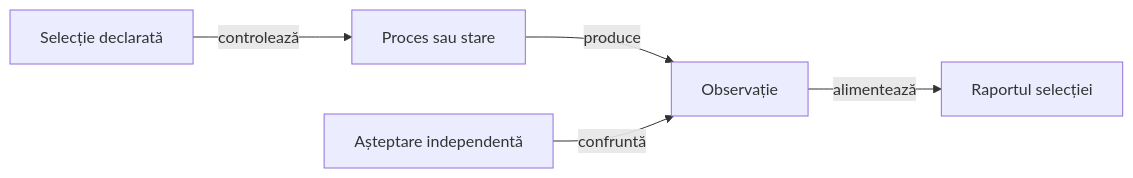
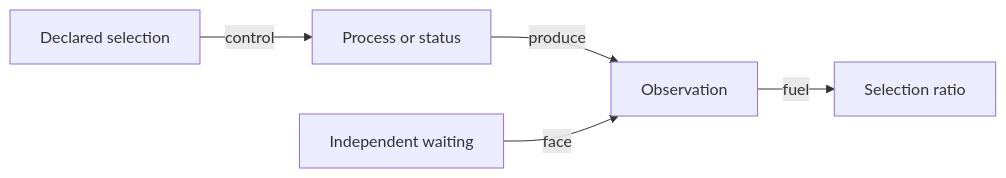
The diagram in atf-test-android/src/test/README.md (crististefanita/atf_j4), drawn with Mermaid before and after one commit. The commit also changed other lines of this file and 122 other files, not shown here.

````diff
--- a/atf-test-android/src/test/README.md
+++ b/atf-test-android/src/test/README.md
@@ -21,7 +21,7 @@
 ```mermaid
 flowchart LR
-    SELECT[Selecție declarată] -->|controlează| INPUT[Proces sau stare]
-    INPUT -->|produce| OBS[Observație]
-    EXPECT[Așteptare independentă] -->|confruntă| OBS
-    OBS -->|alimentează| REPORT[Raportul selecției]
+    SELECT[Declared selection] -->|control| INPUT[Process or status]
+    INPUT -->|produce| OBS[Observation]
+    EXPECT[Independent waiting] -->|face| OBS
+    OBS -->|fuel| REPORT[Selection ratio]
 ```
````
